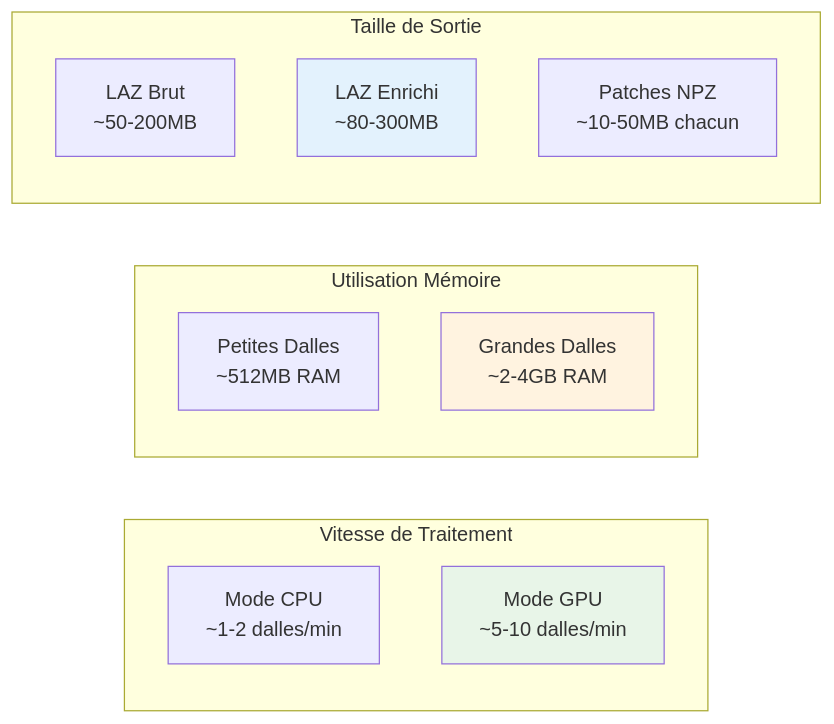
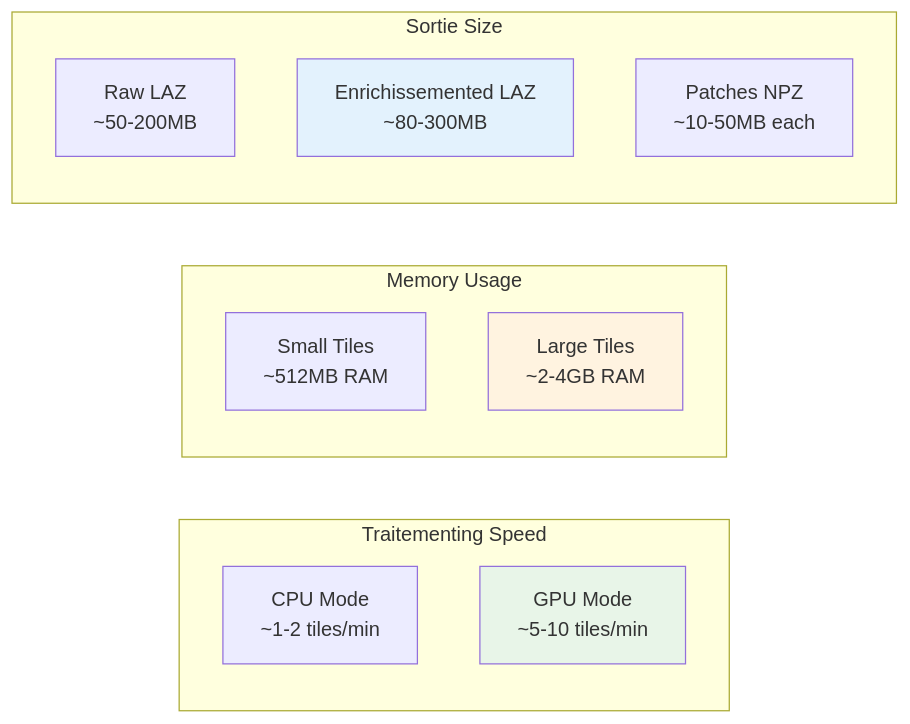
Before and after one commit to sducournau/IGN_LIDAR_HD_DATASET: the fourth of 4 diagrams in website/i18n/fr/docusaurus-plugin-content-docs/current/architecture.md, drawn with Mermaid. The commit also changed other lines of this file and 42 other files, not shown here.

````diff
--- a/website/i18n/fr/docusaurus-plugin-content-docs/current/architecture.md
+++ b/website/i18n/fr/docusaurus-plugin-content-docs/current/architecture.md
@@ -163,22 +163,22 @@
 ```mermaid
 graph LR
-    subgraph "Vitesse de Traitement"
-        CPU[Mode CPU<br/>~1-2 dalles/min]
-        GPU_ACC[Mode GPU<br/>~5-10 dalles/min]
+    subgraph "Traitementing Speed"
+        CPU[CPU Mode<br/>~1-2 tiles/min]
+        GPU_ACC[GPU Mode<br/>~5-10 tiles/min]
     end
 
-    subgraph "Utilisation Mémoire"
-        SMALL[Petites Dalles<br/>~512MB RAM]
-        LARGE[Grandes Dalles<br/>~2-4GB RAM]
+    subgraph "Memory Usage"
+        SMALL[Small Tiles<br/>~512MB RAM]
+        LARGE[Large Tiles<br/>~2-4GB RAM]
     end
 
-    subgraph "Taille de Sortie"
-        INPUT[LAZ Brut<br/>~50-200MB]
-        OUTPUT[LAZ Enrichi<br/>~80-300MB]
-        PATCHES[Patches NPZ<br/>~10-50MB chacun]
+    subgraph "Sortie Size"
+        INPUT[Raw LAZ<br/>~50-200MB]
+        OUTPUT[Enrichissemented LAZ<br/>~80-300MB]
+        PATCHES[Patches NPZ<br/>~10-50MB each]
     end
 
     style GPU_ACC fill:#e8f5e8
     style LARGE fill:#fff3e0
     style OUTPUT fill:#e3f2fd
 ```
````
